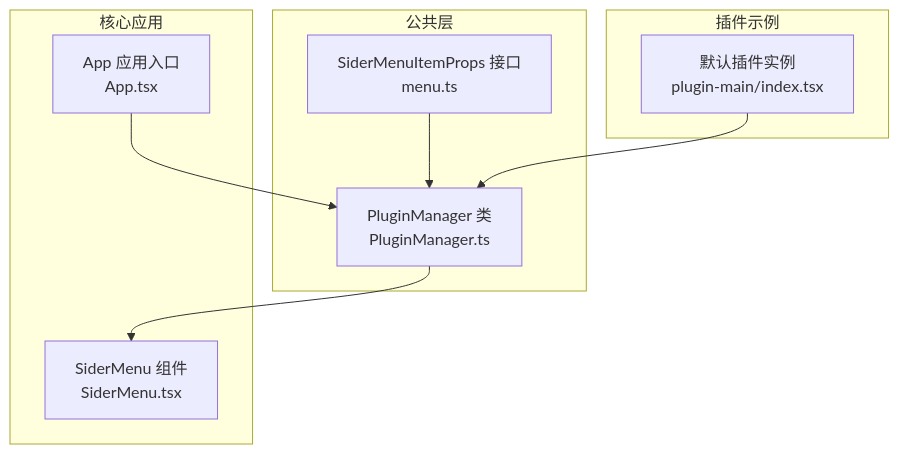
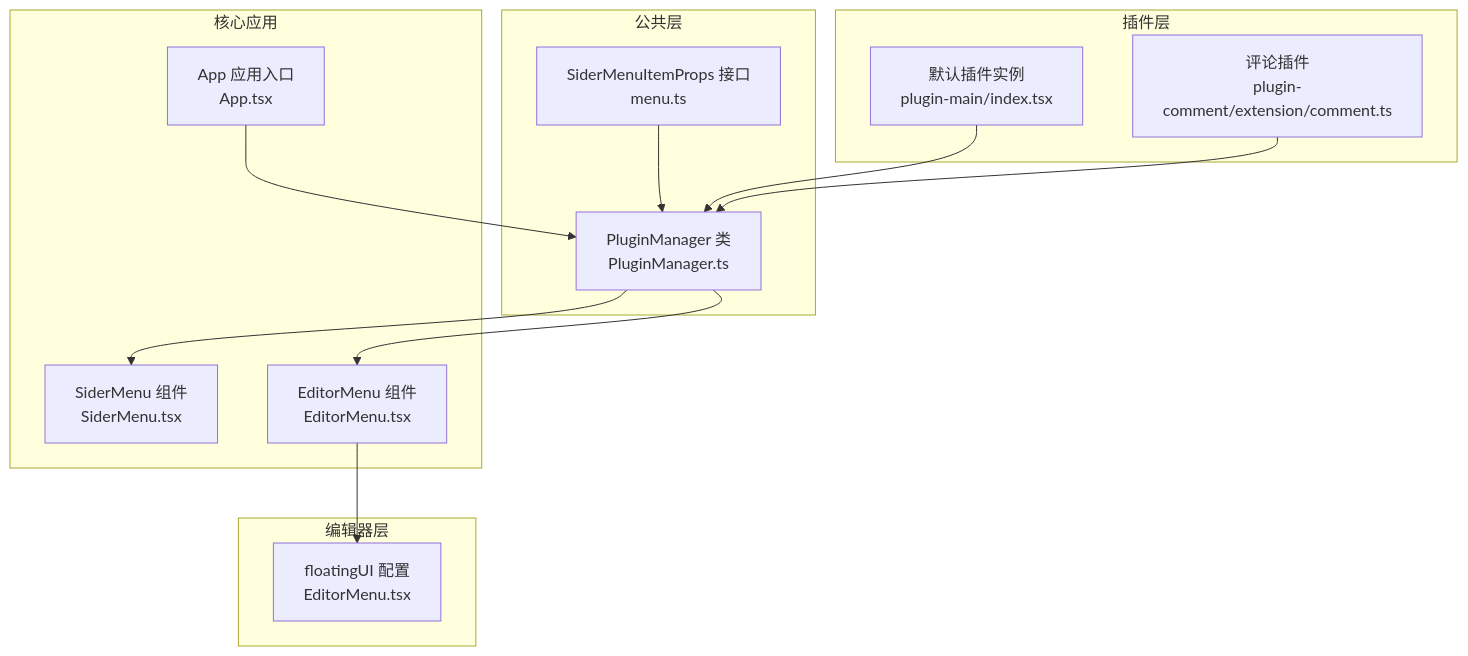
Before and after one commit to LRF0422/Kotion: the first of 5 diagrams in .qoder/repowiki/zh/content/架构设计/插件系统架构/插件菜单系统.md, drawn with Mermaid. The commit also changed other lines of this file and 5 other files, not shown here.

````diff
--- a/.qoder/repowiki/zh/content/架构设计/插件系统架构/插件菜单系统.md
+++ b/.qoder/repowiki/zh/content/架构设计/插件系统架构/插件菜单系统.md
@@ -35,18 +45,26 @@
 ```mermaid
 graph TB
 subgraph "公共层"
 M["SiderMenuItemProps 接口<br/>menu.ts"]
 PM["PluginManager 类<br/>PluginManager.ts"]
 end
 subgraph "核心应用"
 SM["SiderMenu 组件<br/>SiderMenu.tsx"]
 APP["App 应用入口<br/>App.tsx"]
+EM["EditorMenu 组件<br/>EditorMenu.tsx"]
 end
-subgraph "插件示例"
+subgraph "插件层"
 PLG["默认插件实例<br/>plugin-main/index.tsx"]
+CM["评论插件<br/>plugin-comment/extension/comment.ts"]
+end
+subgraph "编辑器层"
+FU["floatingUI 配置<br/>EditorMenu.tsx"]
 end
 M --> PM
 PM --> SM
+PM --> EM
 APP --> PM
 PLG --> PM
+CM --> PM
+EM --> FU
 ```
````
